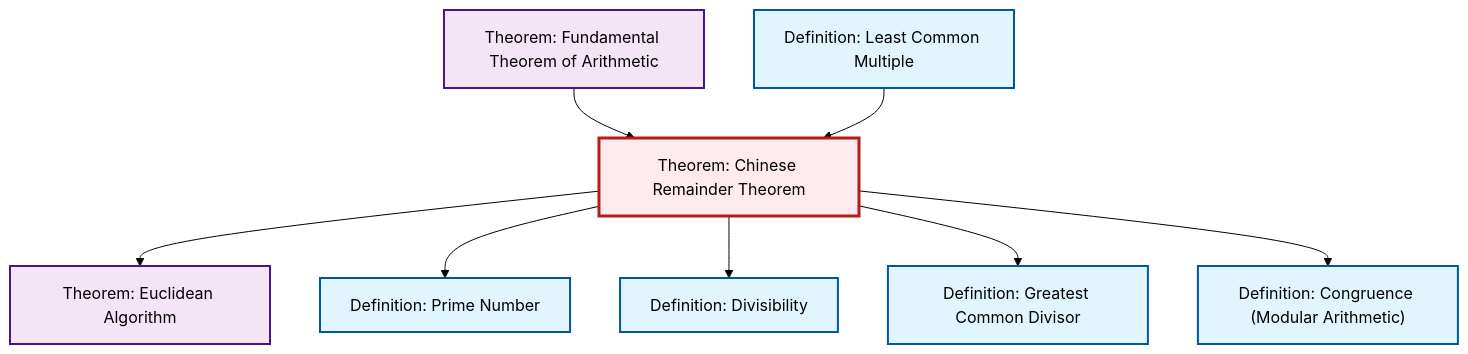
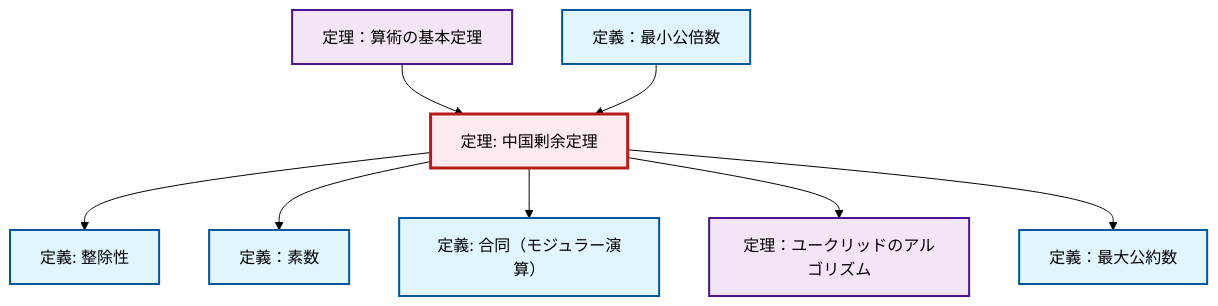
Before and after one commit to RK0429/ModernMath: the diagram in content/ja/number-theory/thm-chinese-remainder.qmd, drawn with Mermaid (forest theme). The commit also changed 1069 other files, not shown here.

````diff
--- a/content/ja/number-theory/thm-chinese-remainder.qmd
+++ b/content/ja/number-theory/thm-chinese-remainder.qmd
@@ -89,32 +89,32 @@
 ```{mermaid}
 %%| fig-cap: "Local dependency graph"
 graph TD
     classDef definition fill:#e1f5fe,stroke:#01579b,stroke-width:2px
     classDef theorem fill:#f3e5f5,stroke:#4a148c,stroke-width:2px
     classDef axiom fill:#fff3e0,stroke:#e65100,stroke-width:2px
     classDef example fill:#e8f5e9,stroke:#1b5e20,stroke-width:2px
     classDef current fill:#ffebee,stroke:#b71c1c,stroke-width:3px
-    thm-chinese-remainder["Theorem: Chinese Remainder Theorem"]:::theorem
-    thm-euclidean-algorithm["Theorem: Euclidean Algorithm"]:::theorem
-    def-gcd["Definition: Greatest Common Divisor"]:::definition
-    def-divisibility["Definition: Divisibility"]:::definition
-    thm-fundamental-arithmetic["Theorem: Fundamental Theorem of Arithmetic"]:::theorem
-    def-lcm["Definition: Least Common Multiple"]:::definition
-    def-prime["Definition: Prime Number"]:::definition
-    def-congruence["Definition: Congruence (Modular Arithmetic)"]:::definition
+    def-congruence["定義: 合同（モジュラー演算）"]:::definition
+    def-divisibility["定義: 整除性"]:::definition
+    thm-fundamental-arithmetic["定理：算術の基本定理"]:::theorem
+    thm-euclidean-algorithm["定理：ユークリッドのアルゴリズム"]:::theorem
+    thm-chinese-remainder["定理: 中国剰余定理"]:::theorem
+    def-gcd["定義：最大公約数"]:::definition
+    def-lcm["定義：最小公倍数"]:::definition
+    def-prime["定義：素数"]:::definition
     thm-fundamental-arithmetic --> thm-chinese-remainder
+    thm-chinese-remainder --> def-divisibility
+    def-lcm --> thm-chinese-remainder
+    thm-chinese-remainder --> def-prime
+    thm-chinese-remainder --> def-congruence
     thm-chinese-remainder --> thm-euclidean-algorithm
-    thm-chinese-remainder --> def-prime
-    def-lcm --> thm-chinese-remainder
-    thm-chinese-remainder --> def-divisibility
     thm-chinese-remainder --> def-gcd
-    thm-chinese-remainder --> def-congruence
     class thm-chinese-remainder current
-    click thm-euclidean-algorithm "thm-euclidean-algorithm.html" "Theorem: Euclidean Algorithmへ"
-    click def-gcd "def-gcd.html" "Definition: Greatest Common Divisorへ"
-    click def-divisibility "def-divisibility.html" "Definition: Divisibilityへ"
-    click thm-fundamental-arithmetic "thm-fundamental-arithmetic.html" "Theorem: Fundamental Theorem of Arithmeticへ"
-    click def-lcm "def-lcm.html" "Definition: Least Common Multipleへ"
-    click def-prime "def-prime.html" "Definition: Prime Numberへ"
-    click def-congruence "def-congruence.html" "Definition: Congruence (Modular Arithmetic)へ"
+    click def-congruence "def-congruence.html" "合同（モジュラー演算）の定義へ"
+    click def-divisibility "def-divisibility.html" "整除性の定義へ"
+    click thm-fundamental-arithmetic "thm-fundamental-arithmetic.html" "定理：算術の基本定理へ"
+    click thm-euclidean-algorithm "thm-euclidean-algorithm.html" "定理：ユークリッドのアルゴリズムへ"
+    click def-gcd "def-gcd.html" "定義：最大公約数へ"
+    click def-lcm "def-lcm.html" "定義：最小公倍数へ"
+    click def-prime "def-prime.html" "定義：素数へ"
 ```
````
